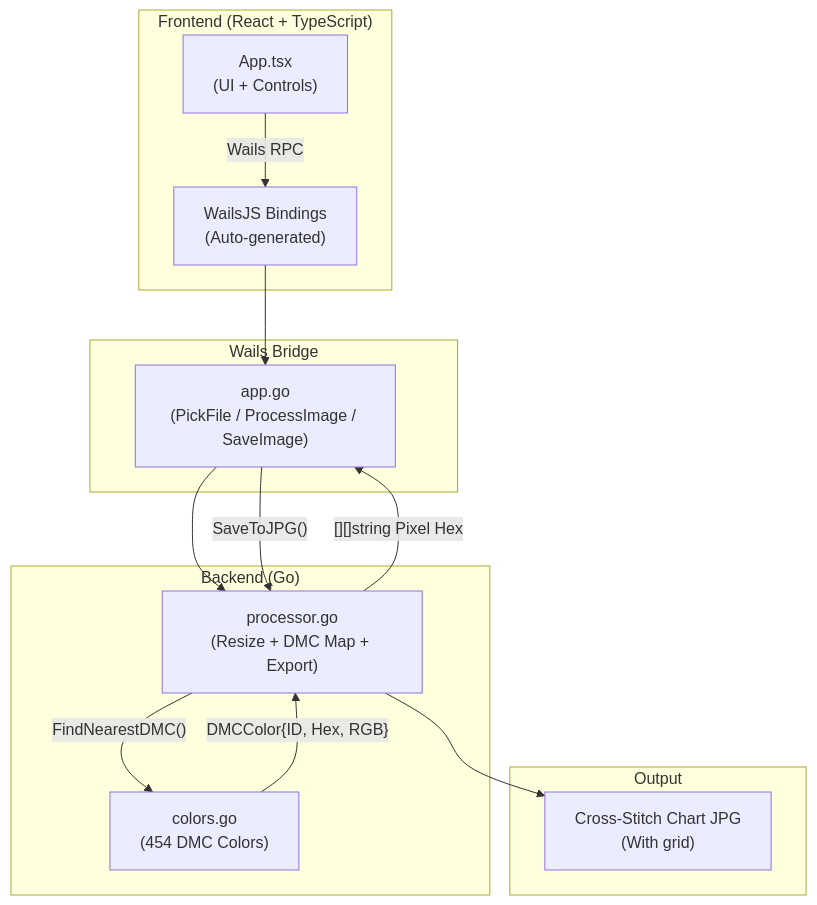
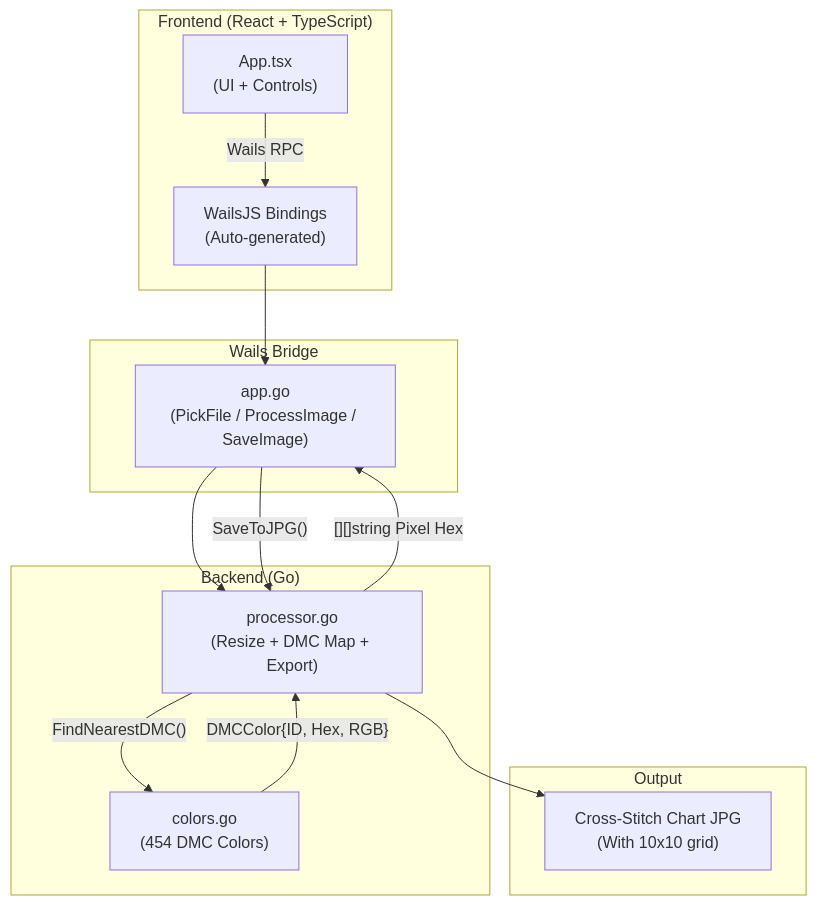
The diagram in README.md (erascardsilva/pontoCrz), drawn with Mermaid before and after one commit. The commit also changed other lines of this file, not shown here.

````diff
--- a/README.md
+++ b/README.md
@@ -34,29 +34,29 @@
 ```mermaid
 graph TB
     subgraph Frontend ["Frontend (React + TypeScript)"]
         UI["App.tsx\n(UI + Controls)"]
         Bindings["WailsJS Bindings\n(Auto-generated)"]
     end
 
     subgraph Bridge ["Wails Bridge"]
         App_go["app.go\n(PickFile / ProcessImage / SaveImage)"]
     end
 
     subgraph Backend ["Backend (Go)"]
         Processor["processor.go\n(Resize + DMC Map + Export)"]
         Colors["colors.go\n(454 DMC Colors)"]
     end
 
     subgraph Output ["Output"]
-        JPG["Cross-Stitch Chart JPG\n(With grid)"]
+        JPG["Cross-Stitch Chart JPG\n(With 10x10 grid)"]
     end
 
     UI -- "Wails RPC" --> Bindings
     Bindings --> App_go
     App_go --> Processor
     Processor -- "FindNearestDMC()" --> Colors
     Colors -- "DMCColor{ID, Hex, RGB}" --> Processor
     Processor -- "[][]string Pixel Hex" --> App_go
     App_go -- "SaveToJPG()" --> Processor
     Processor --> JPG
 ```
````
